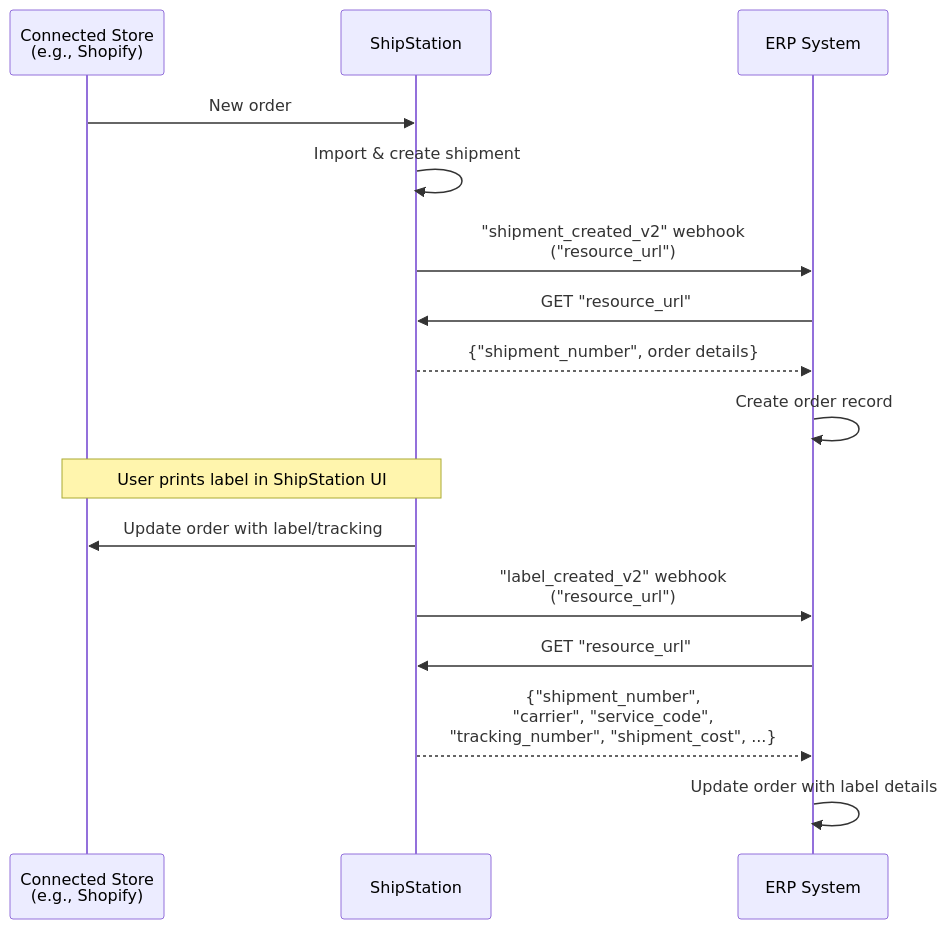
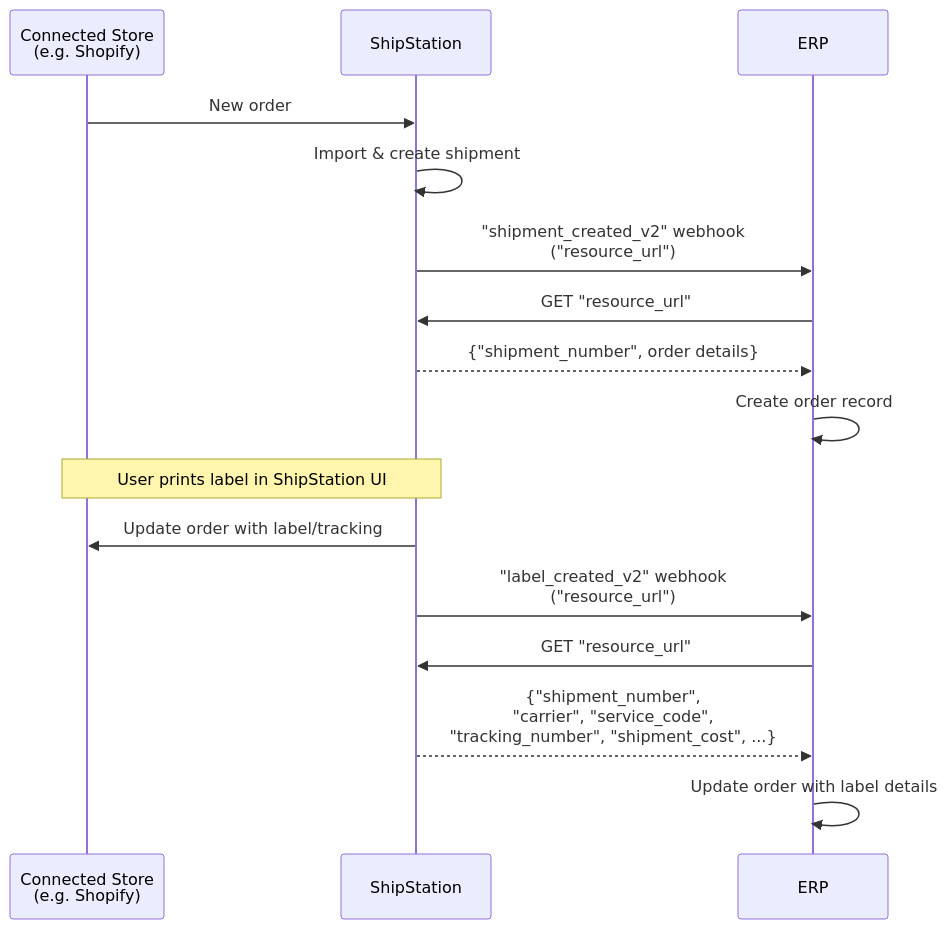
The diagram in patterns/erp-sync.md (pmcgee-personal/shipstation-integration-toolkit), drawn with Mermaid before and after one commit. The commit also changed other lines of this file, not shown here.

Commit message:
erp-sync: update formatting

````diff
--- a/patterns/erp-sync.md
+++ b/patterns/erp-sync.md
@@ -9,22 +9,22 @@
 ```mermaid
 sequenceDiagram
-    participant Store as Connected Store<br/>(e.g., Shopify)
+    participant Store as Connected Store<br/>(e.g. Shopify)
     participant SS as ShipStation
-    participant ERP as ERP System
+    participant ERP as ERP
 
     Store->>SS: New order
     SS->>SS: Import & create shipment
 
     SS->>ERP: "shipment_created_v2" webhook<br/>("resource_url")
     ERP->>SS: GET "resource_url"
     SS-->>ERP: {"shipment_number", order details}
     ERP->>ERP: Create order record
 
     Note over SS,Store: User prints label in ShipStation UI
     SS->>Store: Update order with label/tracking
     SS->>ERP: "label_created_v2" webhook<br/>("resource_url")
 
     ERP->>SS: GET "resource_url"
     SS-->>ERP: {"shipment_number",<br/>"carrier", "service_code",<br/>"tracking_number", "shipment_cost", ...}
     ERP->>ERP: Update order with label details
 ```
````
